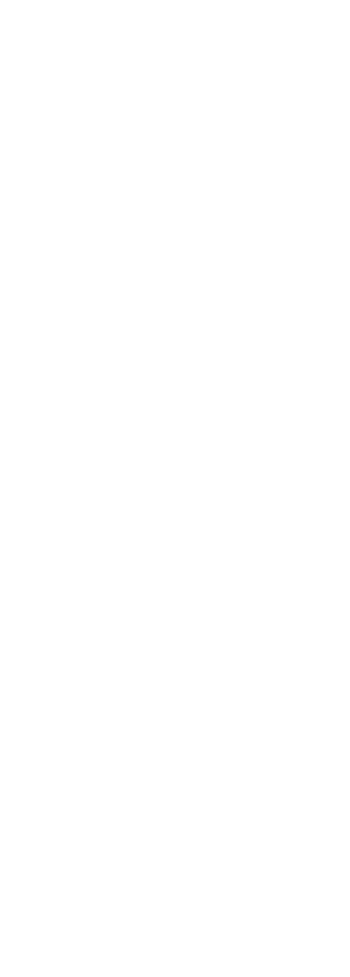
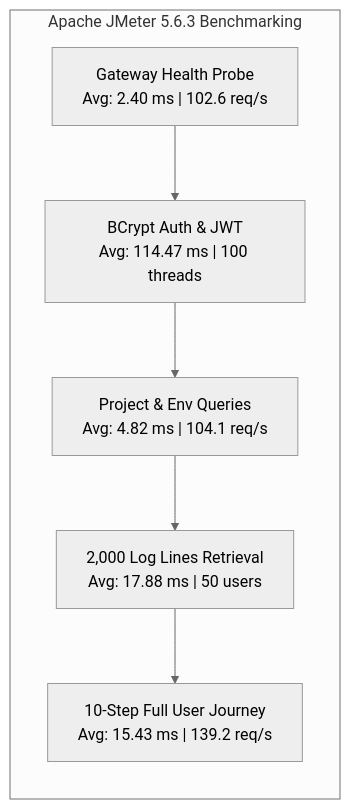
Diagram 11 of 11 in docs/FINAL_EVALUATION.md (shanelperera-exe/harbor), drawn with Mermaid before and after one commit. The commit also changed other lines of this file, not shown here.

Commit message:
style(diagrams): use neutral black-and-white theme across all 11 Mermaid diagrams for light/dark mode compatibility

````diff
--- a/docs/FINAL_EVALUATION.md
+++ b/docs/FINAL_EVALUATION.md
@@ -1689,34 +1561,21 @@
 ```mermaid
 %%{init: {
-  'theme': 'base',
+  'theme': 'neutral',
   'themeVariables': {
-    'fontFamily': 'Courier New, monospace',
-    'darkMode': true,
-    'background': '#18181b',
-    'mainBkg': 'transparent',
-    'nodeBorder': '#ffffff',
-    'nodeTextColor': '#ffffff',
-    'lineColor': '#ffffff',
-    'edgeLabelBackground': '#18181b',
-    'clusterBkg': 'transparent',
-    'clusterBorder': '#ffffff',
-    'titleColor': '#ffffff',
-    'textColor': '#ffffff'
+    'fontFamily': 'Courier New, monospace'
   }
 }}%%
 graph LR
-    classDef box fill:transparent,stroke:#ffffff,stroke-width:1.5px,color:#ffffff,font-family:Courier New, monospace;
-
     subgraph JMeterSuite["Apache JMeter 5.6.3 Benchmarking"]
-        GatewayTest["Gateway Health Probe\nAvg: 2.40 ms | 102.6 req/s"]:::box
-        AuthTest["BCrypt Auth & JWT\nAvg: 114.47 ms | 100 threads"]:::box
-        CatalogTest["Project & Env Queries\nAvg: 4.82 ms | 104.1 req/s"]:::box
-        LargeLogTest["2,000 Log Lines Retrieval\nAvg: 17.88 ms | 50 users"]:::box
-        E2EJourney["10-Step Full User Journey\nAvg: 15.43 ms | 139.2 req/s"]:::box
+        GatewayTest["Gateway Health Probe\nAvg: 2.40 ms | 102.6 req/s"]
+        AuthTest["BCrypt Auth & JWT\nAvg: 114.47 ms | 100 threads"]
+        CatalogTest["Project & Env Queries\nAvg: 4.82 ms | 104.1 req/s"]
+        LargeLogTest["2,000 Log Lines Retrieval\nAvg: 17.88 ms | 50 users"]
+        E2EJourney["10-Step Full User Journey\nAvg: 15.43 ms | 139.2 req/s"]
 
         GatewayTest --> AuthTest
         AuthTest --> CatalogTest
         CatalogTest --> LargeLogTest
         LargeLogTest --> E2EJourney
     end
 ```
````
